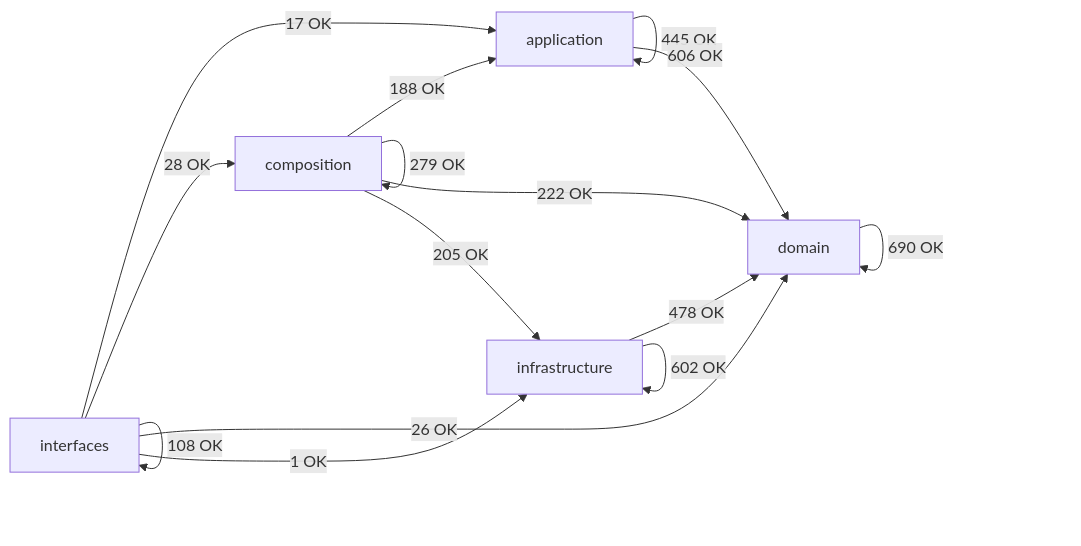
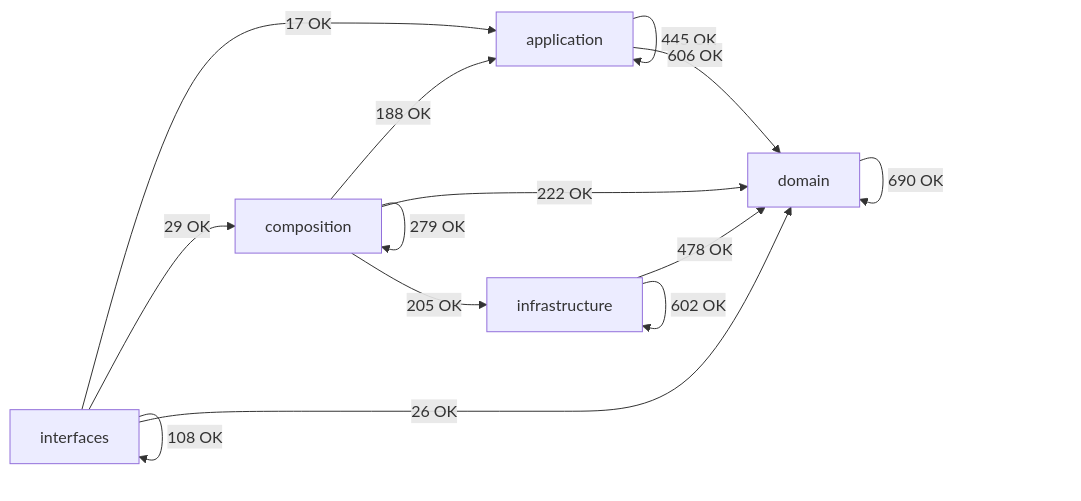
The diagram in docs/02-architecture/generated/module-dependency-map.md (SatoryKono/BioactivityDataAcquisition), drawn with Mermaid before and after one commit. The commit also changed other lines of this file and 10 other files, not shown here.

````diff
--- a/docs/02-architecture/generated/module-dependency-map.md
+++ b/docs/02-architecture/generated/module-dependency-map.md
@@ -16,22 +16,21 @@
 ```mermaid
 flowchart LR
     domain[domain]
     application[application]
     infrastructure[infrastructure]
     composition[composition]
     interfaces[interfaces]
     application -->|445 OK| application
     application -->|606 OK| domain
     composition -->|188 OK| application
     composition -->|279 OK| composition
     composition -->|222 OK| domain
     composition -->|205 OK| infrastructure
     domain -->|690 OK| domain
     infrastructure -->|478 OK| domain
     infrastructure -->|602 OK| infrastructure
     interfaces -->|17 OK| application
-    interfaces -->|28 OK| composition
+    interfaces -->|29 OK| composition
     interfaces -->|26 OK| domain
-    interfaces -->|1 OK| infrastructure
     interfaces -->|108 OK| interfaces
 ```
````
